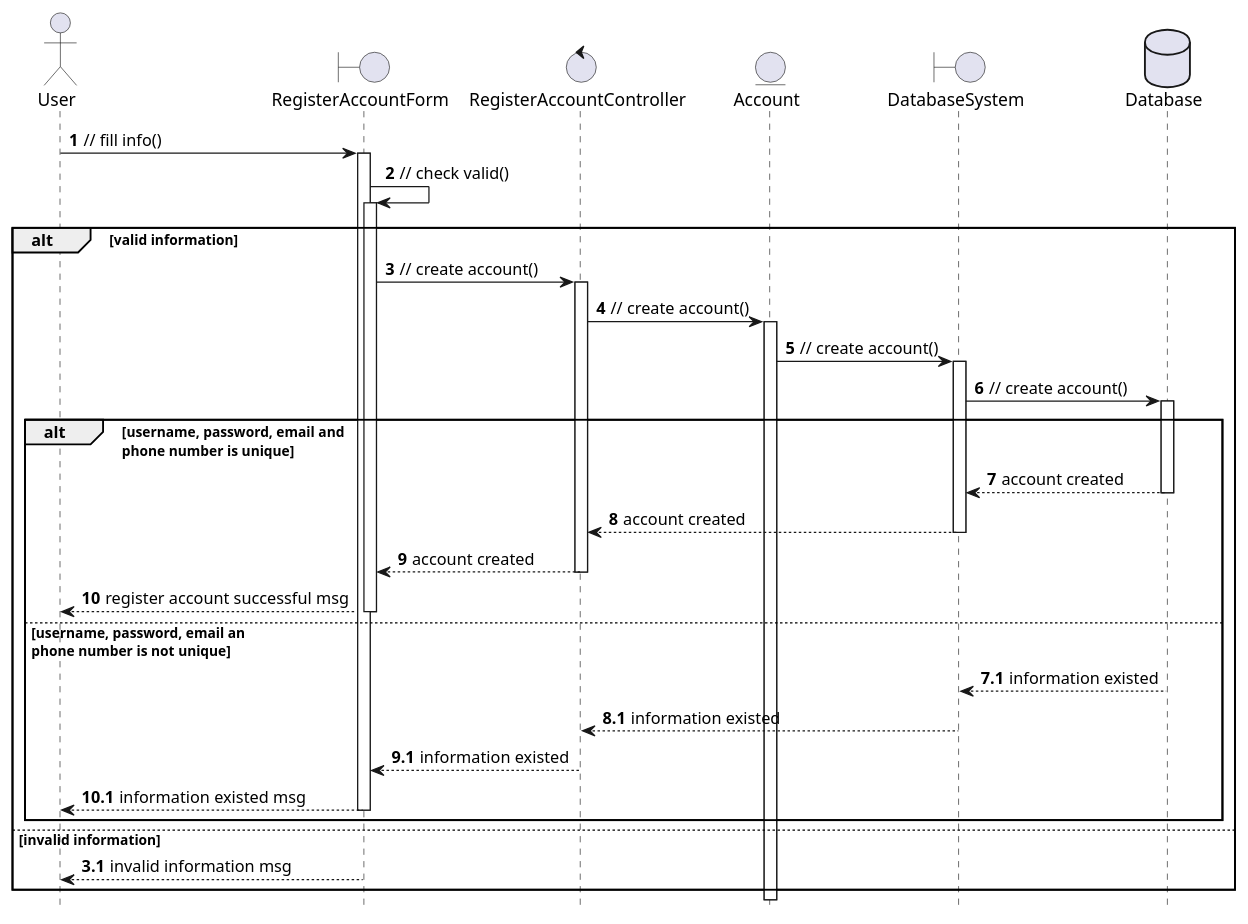
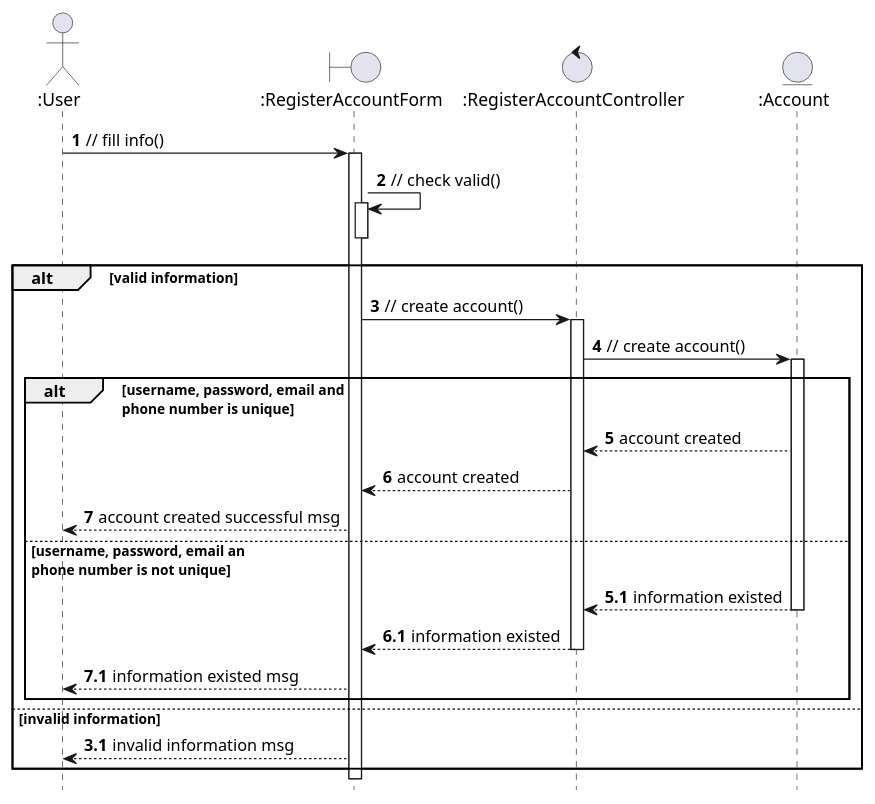
Before and after one commit to anhbanlinhle/velocity-exchange: the diagram in uml/analysis/sequence/register-account.pu, drawn with PlantUML. The commit also changed 6 other files, not shown here.

Commit message:
done seq diagram

```diff
--- a/uml/analysis/sequence/register-account.pu
+++ b/uml/analysis/sequence/register-account.pu
@@ -1,51 +1,50 @@
 @startuml Register Account
 hide footbox
-actor "User" as Users
-boundary "RegisterAccountForm" as RegisterBoundary
-control "RegisterAccountController" as AccountController
-entity "Account" as AccountEntity
-boundary "DatabaseSystem" as DatabaseBoundary
-database "Database" as DatabaseActor
+actor ":User" as User
+boundary ":RegisterAccountForm" as RegisterBoundary
+control ":RegisterAccountController" as AccountController
+entity ":Account" as AccountEntity
 
 autonumber
-autoactivate on
-Users -> RegisterBoundary: // fill info()
+User -> RegisterBoundary: // fill info()
+activate RegisterBoundary
 
 RegisterBoundary -> RegisterBoundary: // check valid()
+activate RegisterBoundary
+deactivate RegisterBoundary
 
 alt valid information
 
     RegisterBoundary -> AccountController: // create account()
+    activate AccountController
     AccountController -> AccountEntity: // create account()
-    AccountEntity -> DatabaseBoundary: // create account()
-    DatabaseBoundary -> DatabaseActor: // create account()
+    activate AccountEntity
 
     alt username, password, email and\nphone number is unique
 
-        DatabaseActor --> DatabaseBoundary: account created
-        DatabaseBoundary --> AccountController: account created
+        AccountEntity --> AccountController: account created
         AccountController --> RegisterBoundary: account created
-        RegisterBoundary --> Users: register account successful msg
-
+        RegisterBoundary --> User: account created successful msg
+    
     else username, password, email an\nphone number is not unique
 
-        autonumber 7.1 
-        DatabaseActor --> DatabaseBoundary: information existed
-        autonumber inc A
-        DatabaseBoundary --> AccountController: information existed
+        autonumber 5.1 
+        AccountEntity --> AccountController: information existed
+        deactivate AccountEntity
         autonumber inc A
         AccountController --> RegisterBoundary: information existed
+        deactivate
         autonumber inc A
-        RegisterBoundary --> Users: information existed msg
+        RegisterBoundary --> User: information existed msg
 
     end
 
 
 
 else invalid information
     
     autonumber 3.1
-    RegisterBoundary --> Users: invalid information msg
+    RegisterBoundary --> User: invalid information msg
 
 end
 @enduml
```
